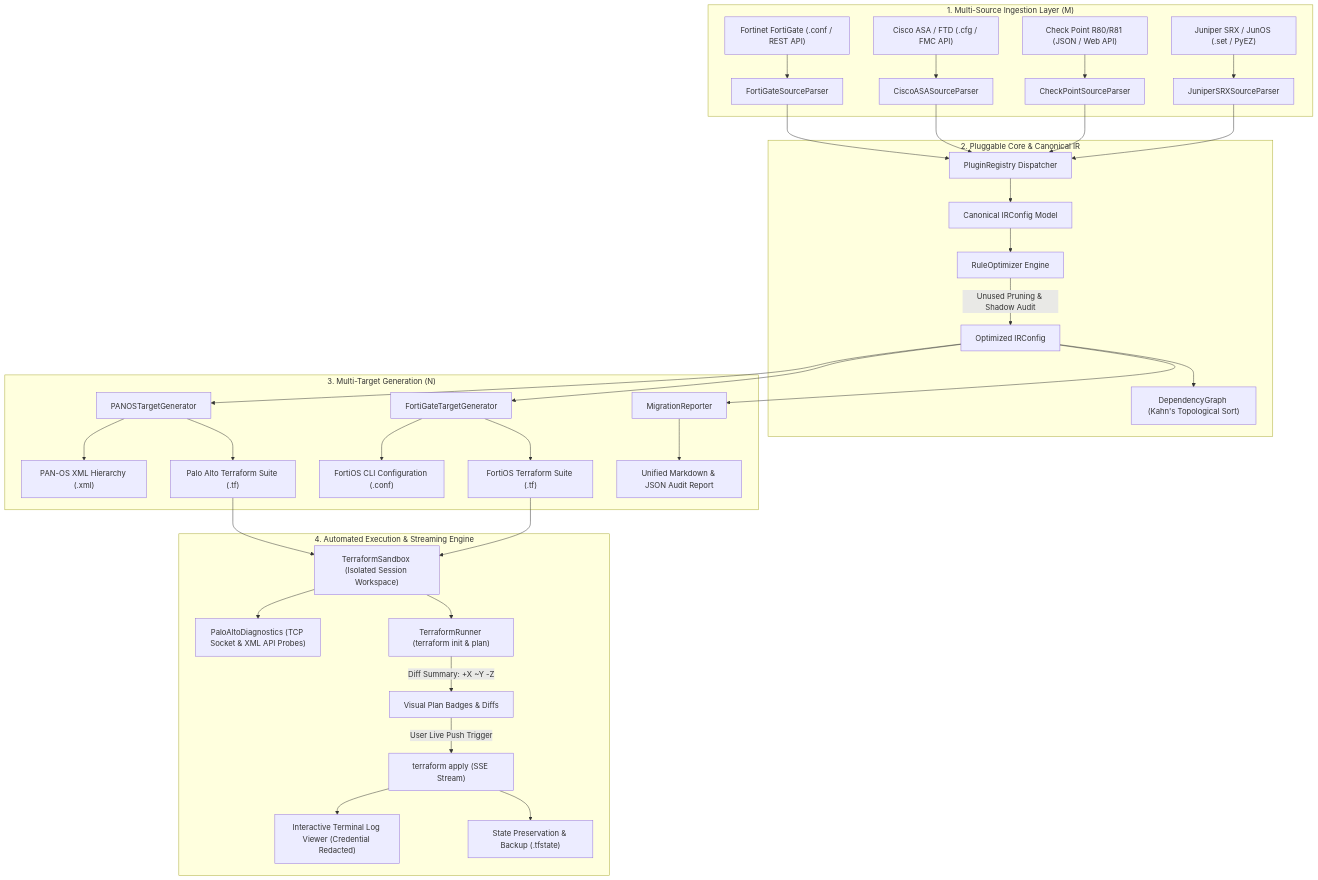
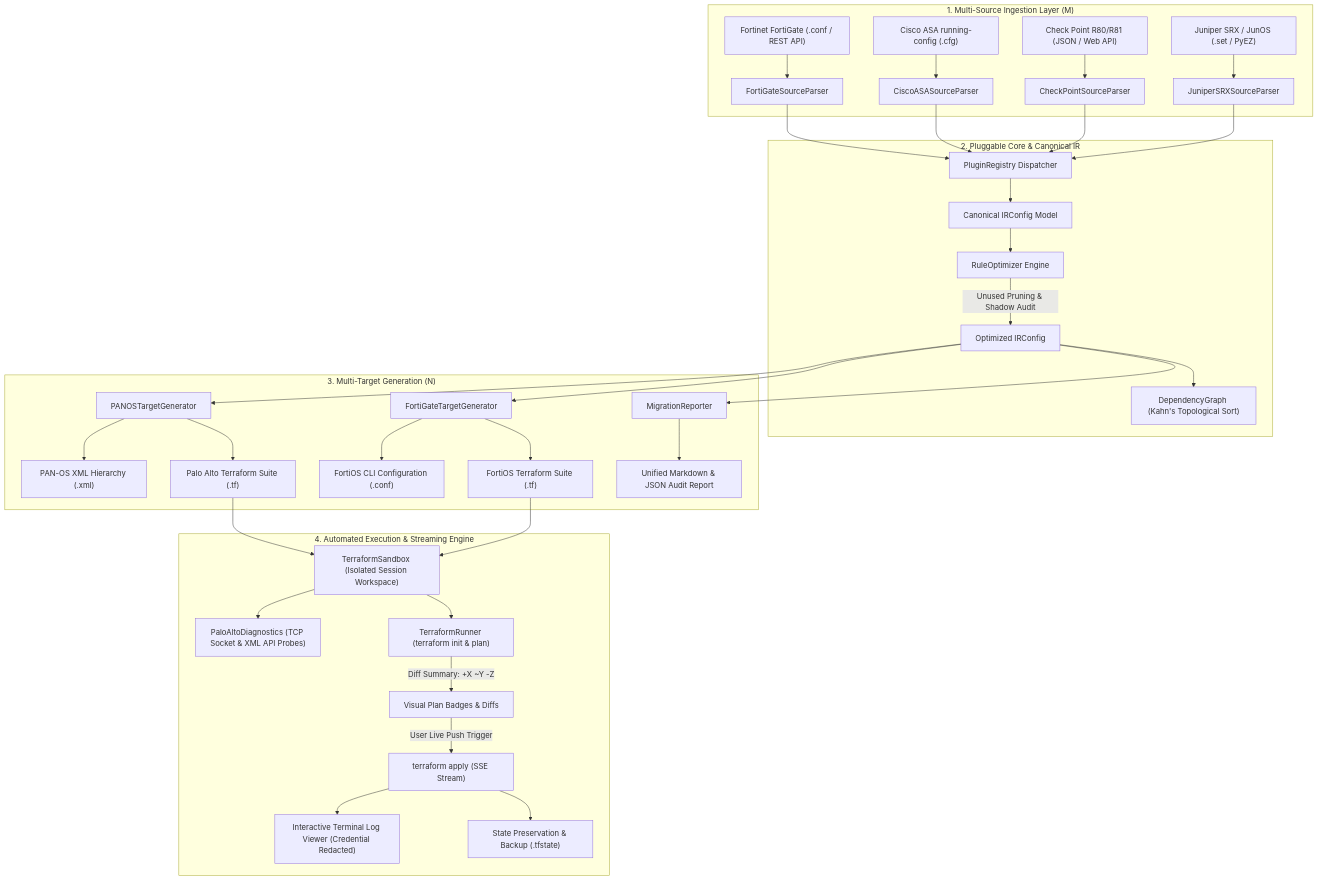
One commit to chaziyu/firewall-migration-tool changed the diagram in documentation/Project Detail.md. Above: the diagram before and after it, drawn with Mermaid. The commit also changed other lines of this file and 78 other files, not shown here.

````diff
--- a/documentation/Project Detail.md
+++ b/documentation/Project Detail.md
@@ -88,40 +88,40 @@
 ```mermaid
 flowchart TD
     subgraph Ingestion["1. Multi-Source Ingestion Layer (M)"]
         A1["Fortinet FortiGate (.conf / REST API)"] --> B1["FortiGateSourceParser"]
-        A2["Cisco ASA / FTD (.cfg / FMC API)"] --> B2["CiscoASASourceParser"]
+        A2["Cisco ASA running-config (.cfg)"] --> B2["CiscoASASourceParser"]
         A3["Check Point R80/R81 (JSON / Web API)"] --> B3["CheckPointSourceParser"]
         A4["Juniper SRX / JunOS (.set / PyEZ)"] --> B4["JuniperSRXSourceParser"]
     end
 
     subgraph CoreEngine["2. Pluggable Core & Canonical IR"]
         B1 & B2 & B3 & B4 --> C["PluginRegistry Dispatcher"]
         C --> D["Canonical IRConfig Model"]
         D --> E["RuleOptimizer Engine"]
         E -->|Unused Pruning & Shadow Audit| D_Opt["Optimized IRConfig"]
         D_Opt --> F["DependencyGraph (Kahn's Topological Sort)"]
     end
 
     subgraph TargetGeneration["3. Multi-Target Generation (N)"]
         D_Opt --> G1["PANOSTargetGenerator"]
         G1 --> H1["PAN-OS XML Hierarchy (.xml)"]
         G1 --> H2["Palo Alto Terraform Suite (.tf)"]
         
         D_Opt --> G2["FortiGateTargetGenerator"]
         G2 --> H3["FortiOS CLI Configuration (.conf)"]
         G2 --> H4["FortiOS Terraform Suite (.tf)"]
         
         D_Opt --> G3["MigrationReporter"]
         G3 --> H5["Unified Markdown & JSON Audit Report"]
     end
 
     subgraph Execution["4. Automated Execution & Streaming Engine"]
         H2 & H4 --> I["TerraformSandbox (Isolated Session Workspace)"]
         I --> J["PaloAltoDiagnostics (TCP Socket & XML API Probes)"]
         I --> K["TerraformRunner (terraform init & plan)"]
         K -->|Diff Summary: +X ~Y -Z| L["Visual Plan Badges & Diffs"]
         L -->|User Live Push Trigger| M["terraform apply (SSE Stream)"]
         M --> N["Interactive Terminal Log Viewer (Credential Redacted)"]
         M --> O["State Preservation & Backup (.tfstate)"]
     end
 ```
````
